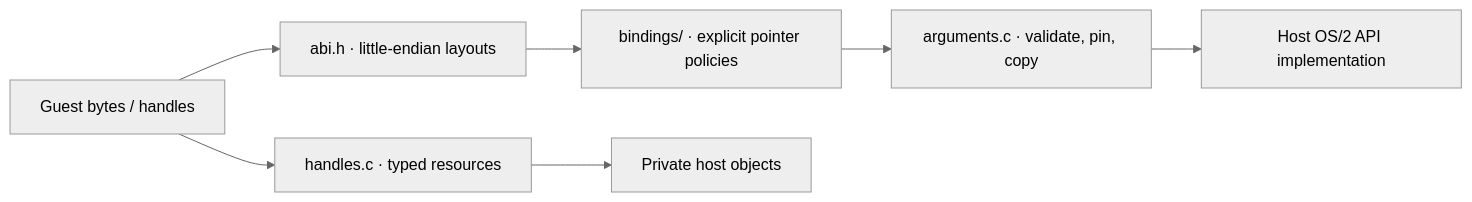
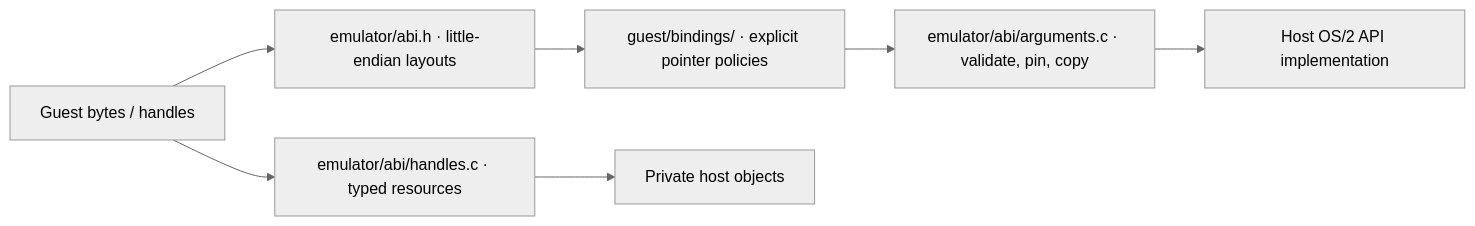
The diagram in docs/guest-abi.md (bitwisecook/2ine), drawn with Mermaid (neutral theme) before and after one commit. The commit also changed 5 other files, not shown here.

First line of the commit message:
Describe the emulator component in emulator.md and the architecture docs

````diff
--- a/docs/guest-abi.md
+++ b/docs/guest-abi.md
@@ -7,8 +7,8 @@
 ```mermaid
 flowchart LR
-    Guest["Guest bytes / handles"] --> Wire["abi.h · little-endian layouts"]
-    Wire --> Bind["bindings/ · explicit pointer policies"]
-    Bind --> Args["arguments.c · validate, pin, copy"]
+    Guest["Guest bytes / handles"] --> Wire["emulator/abi.h · little-endian layouts"]
+    Wire --> Bind["guest/bindings/ · explicit pointer policies"]
+    Bind --> Args["emulator/abi/arguments.c · validate, pin, copy"]
     Args --> API["Host OS/2 API implementation"]
-    Guest --> IDs["handles.c · typed resources"] --> Private["Private host objects"]
+    Guest --> IDs["emulator/abi/handles.c · typed resources"] --> Private["Private host objects"]
 ```
````
